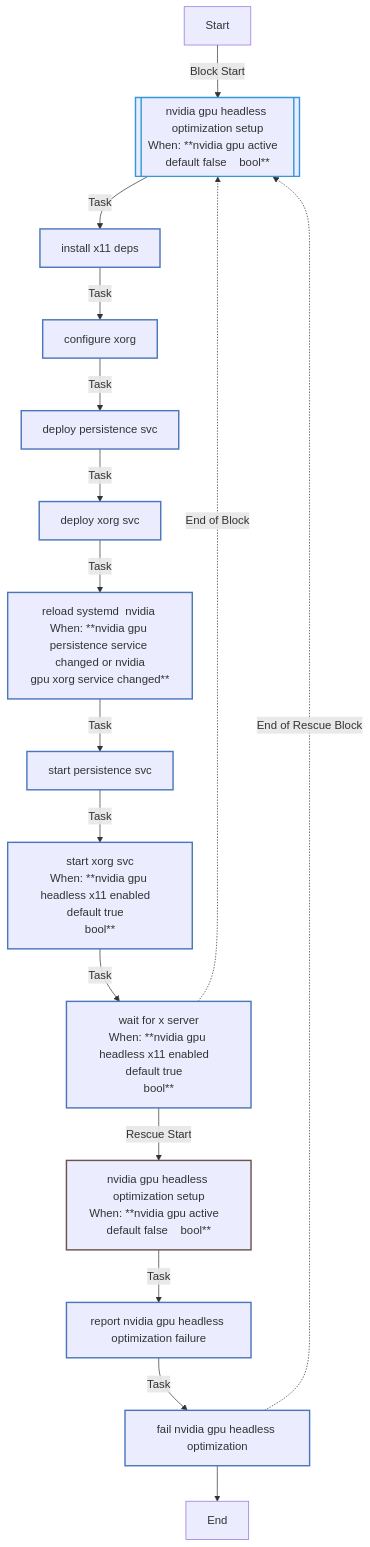
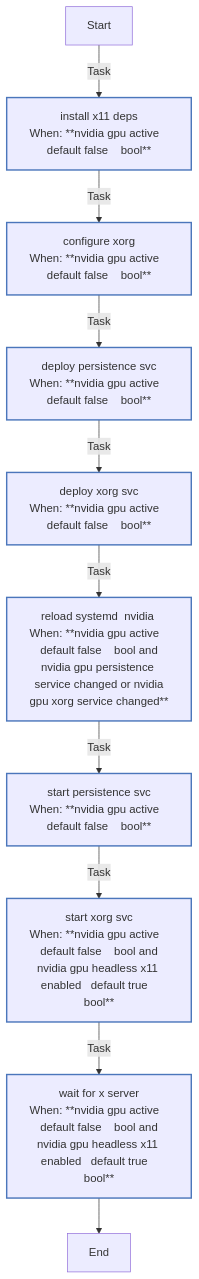
The second of 3 diagrams in roles/nvidia_gpu/README.md (rou-cru/k3s-homelab), drawn with Mermaid before and after one commit. The commit also changed other lines of this file and 29 other files, not shown here.

````diff
--- a/roles/nvidia_gpu/README.md
+++ b/roles/nvidia_gpu/README.md
@@ -298,28 +294,22 @@
 ```mermaid
 flowchart TD
 Start
 classDef block stroke:#3498db,stroke-width:2px;
 classDef task stroke:#4b76bb,stroke-width:2px;
 classDef includeTasks stroke:#16a085,stroke-width:2px;
 classDef importTasks stroke:#34495e,stroke-width:2px;
 classDef includeRole stroke:#2980b9,stroke-width:2px;
 classDef importRole stroke:#699ba7,stroke-width:2px;
 classDef includeVars stroke:#8e44ad,stroke-width:2px;
 classDef rescue stroke:#665352,stroke-width:2px;
 
-  Start-->|Block Start| NVIDIA_GPU_headless_optimization_setup0_block_start_0[[nvidia gpu headless optimization setup<br>When: **nvidia gpu active   default false    bool**]]:::block
-  NVIDIA_GPU_headless_optimization_setup0_block_start_0-->|Task| Install_X11_deps0[install x11 deps]:::task
-  Install_X11_deps0-->|Task| Configure_xorg1[configure xorg]:::task
-  Configure_xorg1-->|Task| Deploy_persistence_svc2[deploy persistence svc]:::task
-  Deploy_persistence_svc2-->|Task| Deploy_Xorg_svc3[deploy xorg svc]:::task
-  Deploy_Xorg_svc3-->|Task| Reload_systemd__nvidia_4[reload systemd  nvidia <br>When: **nvidia gpu persistence service changed or nvidia<br>gpu xorg service changed**]:::task
-  Reload_systemd__nvidia_4-->|Task| Start_persistence_svc5[start persistence svc]:::task
-  Start_persistence_svc5-->|Task| Start_Xorg_svc6[start xorg svc<br>When: **nvidia gpu headless x11 enabled   default true   <br>bool**]:::task
-  Start_Xorg_svc6-->|Task| Wait_for_X_server7[wait for x server<br>When: **nvidia gpu headless x11 enabled   default true   <br>bool**]:::task
-  Wait_for_X_server7-.->|End of Block| NVIDIA_GPU_headless_optimization_setup0_block_start_0
-  Wait_for_X_server7-->|Rescue Start| NVIDIA_GPU_headless_optimization_setup0_rescue_start_0[nvidia gpu headless optimization setup<br>When: **nvidia gpu active   default false    bool**]:::rescue
-  NVIDIA_GPU_headless_optimization_setup0_rescue_start_0-->|Task| Report_NVIDIA_GPU_headless_optimization_failure0[report nvidia gpu headless optimization failure]:::task
-  Report_NVIDIA_GPU_headless_optimization_failure0-->|Task| Fail_NVIDIA_GPU_headless_optimization1[fail nvidia gpu headless optimization]:::task
-  Fail_NVIDIA_GPU_headless_optimization1-.->|End of Rescue Block| NVIDIA_GPU_headless_optimization_setup0_block_start_0
-  Fail_NVIDIA_GPU_headless_optimization1-->End
+  Start-->|Task| Install_X11_deps0[install x11 deps<br>When: **nvidia gpu active   default false    bool**]:::task
+  Install_X11_deps0-->|Task| Configure_xorg1[configure xorg<br>When: **nvidia gpu active   default false    bool**]:::task
+  Configure_xorg1-->|Task| Deploy_persistence_svc2[deploy persistence svc<br>When: **nvidia gpu active   default false    bool**]:::task
+  Deploy_persistence_svc2-->|Task| Deploy_Xorg_svc3[deploy xorg svc<br>When: **nvidia gpu active   default false    bool**]:::task
+  Deploy_Xorg_svc3-->|Task| Reload_systemd__nvidia_4[reload systemd  nvidia <br>When: **nvidia gpu active   default false    bool and<br>nvidia gpu persistence service changed or nvidia<br>gpu xorg service changed**]:::task
+  Reload_systemd__nvidia_4-->|Task| Start_persistence_svc5[start persistence svc<br>When: **nvidia gpu active   default false    bool**]:::task
+  Start_persistence_svc5-->|Task| Start_Xorg_svc6[start xorg svc<br>When: **nvidia gpu active   default false    bool and<br>nvidia gpu headless x11 enabled   default true   <br>bool**]:::task
+  Start_Xorg_svc6-->|Task| Wait_for_X_server7[wait for x server<br>When: **nvidia gpu active   default false    bool and<br>nvidia gpu headless x11 enabled   default true   <br>bool**]:::task
+  Wait_for_X_server7-->End
 ```
````
